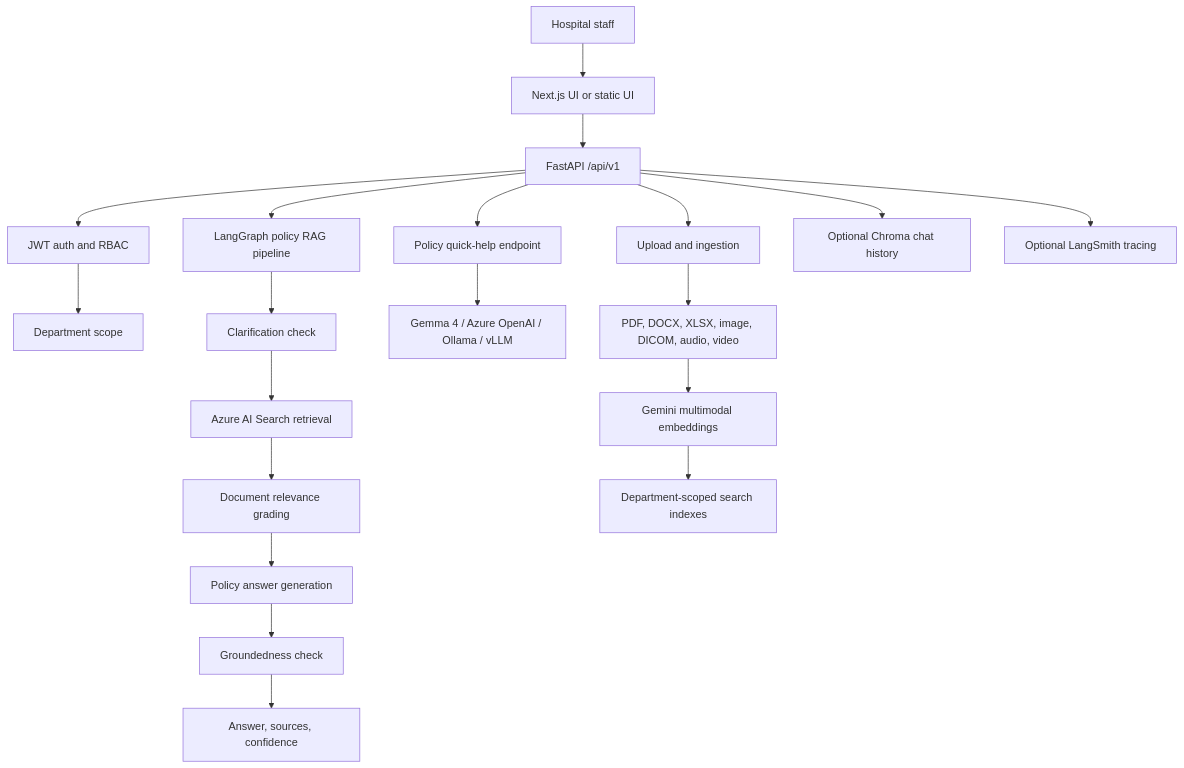
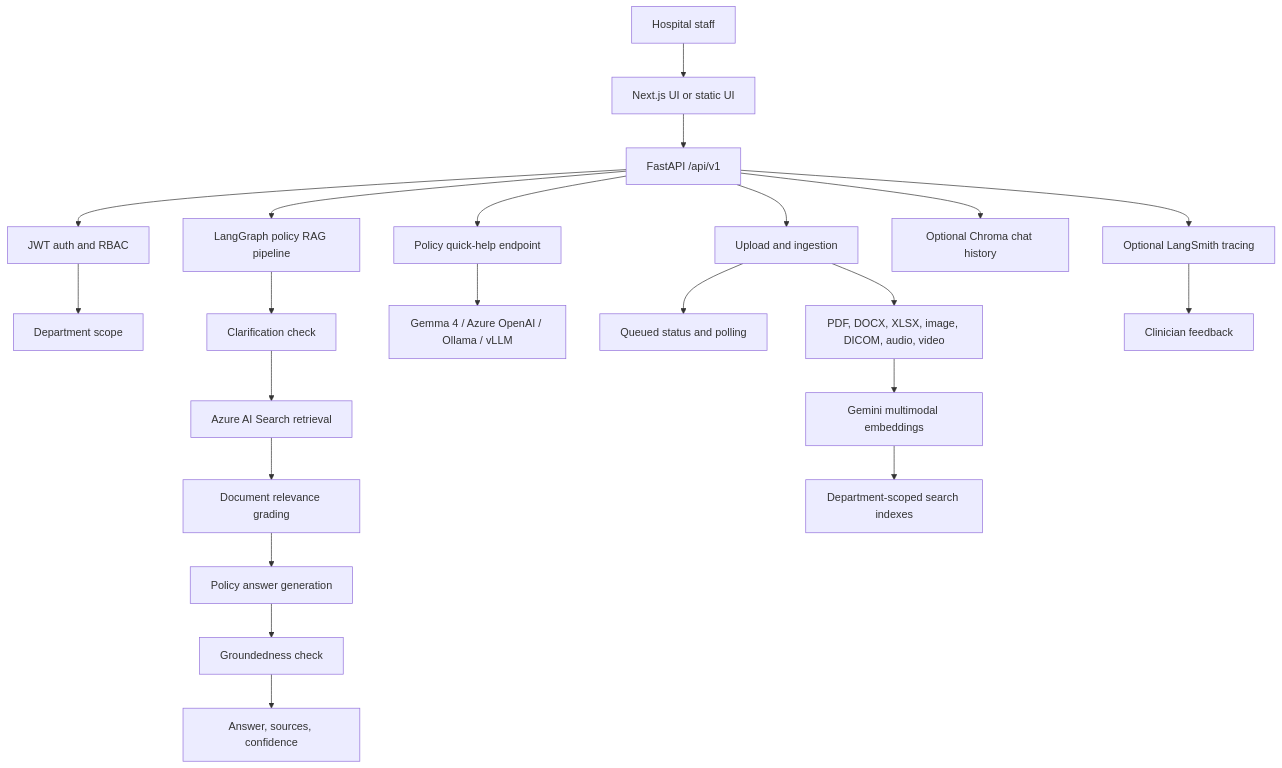
One commit to Anudeepsrib/ClinIQ changed the diagram in README.md. Above: the diagram before and after it, drawn with Mermaid. The commit also changed other lines of this file and 23 other files, not shown here.

````diff
--- a/README.md
+++ b/README.md
@@ -93,26 +97,28 @@
 ```mermaid
 graph TD
     User["Hospital staff"] --> Frontend["Next.js UI or static UI"]
     Frontend --> API["FastAPI /api/v1"]
     API --> Auth["JWT auth and RBAC"]
     Auth --> Dept["Department scope"]
 
     API --> Graph["LangGraph policy RAG pipeline"]
     Graph --> Clarify["Clarification check"]
     Clarify --> Retrieve["Azure AI Search retrieval"]
     Retrieve --> Grade["Document relevance grading"]
     Grade --> Generate["Policy answer generation"]
     Generate --> Verify["Groundedness check"]
     Verify --> Response["Answer, sources, confidence"]
 
     API --> QuickHelp["Policy quick-help endpoint"]
     QuickHelp --> Provider["Gemma 4 / Azure OpenAI / Ollama / vLLM"]
 
     API --> Ingest["Upload and ingestion"]
+    Ingest --> Job["Queued status and polling"]
     Ingest --> Parse["PDF, DOCX, XLSX, image, DICOM, audio, video"]
     Parse --> Embed["Gemini multimodal embeddings"]
     Embed --> SearchIndex["Department-scoped search indexes"]
 
     API --> History["Optional Chroma chat history"]
     API --> Trace["Optional LangSmith tracing"]
+    Trace --> Feedback["Clinician feedback"]
 ```
````
